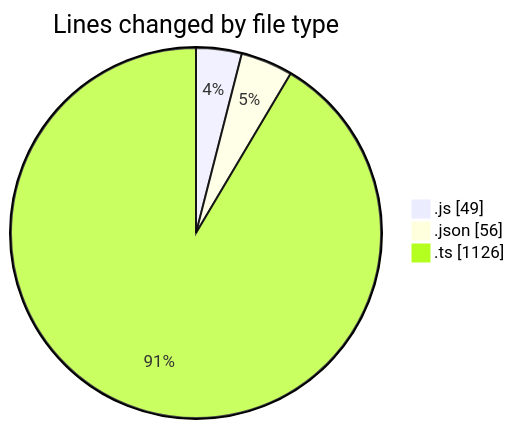
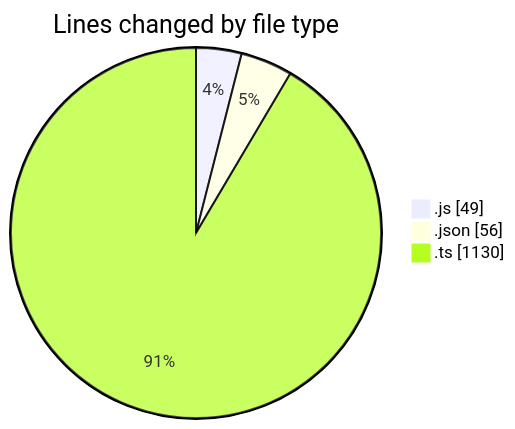
The first of 2 diagrams in 2025-09-04/cda/README.md (momahboobian/code-tracking), drawn with Mermaid before and after one commit. The commit also changed other lines of this file and 1 other file, not shown here.

````diff
--- a/2025-09-04/cda/README.md
+++ b/2025-09-04/cda/README.md
@@ -23,7 +23,7 @@
 ```mermaid
 pie showData
 title Lines changed by file type
 ".js" : 49
 ".json" : 56
-".ts" : 1126
+".ts" : 1130
 ```
````
